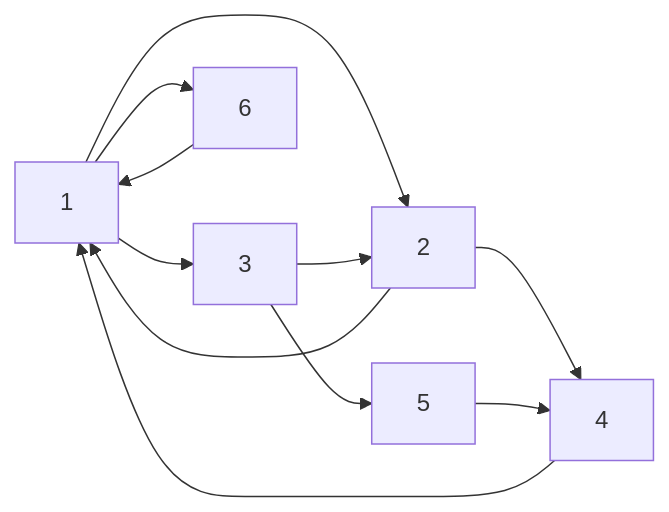
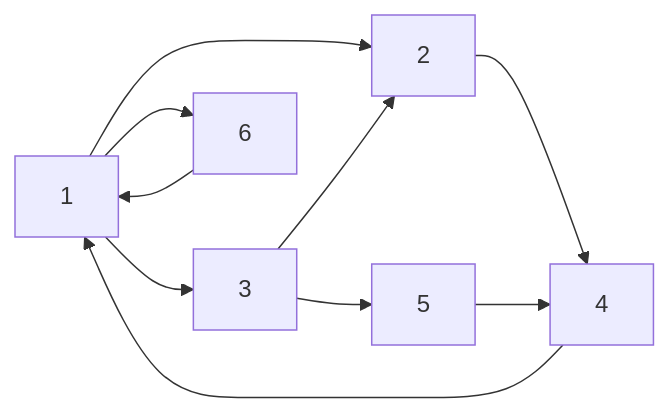
One commit to boddaert/snt changed the second of 4 diagrams in seconde/Web/Moteurs_de_recherche.md. Above: the diagram before and after it, drawn with Mermaid.

````diff
--- a/seconde/Web/Moteurs_de_recherche.md
+++ b/seconde/Web/Moteurs_de_recherche.md
@@ -68,13 +68,12 @@
 ```mermaid
   graph LR;
       1-->2;
       2-->4;
       4-->1;
       3-->5;
       5-->4;
       1-->3;
-      2-->1;
       1-->6;
       6-->1;
       3-->2;
 ```
````
